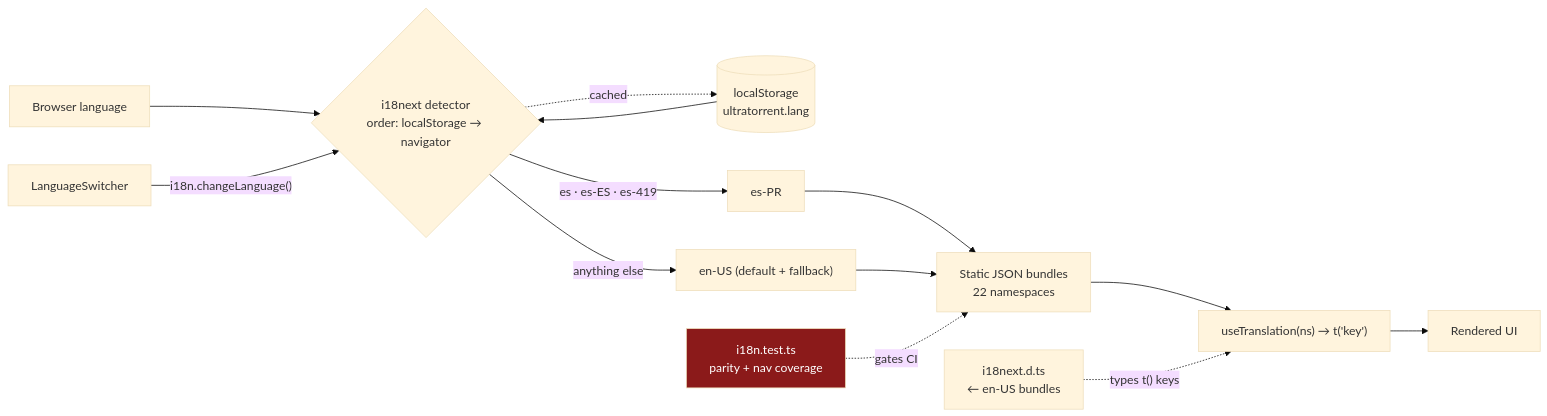
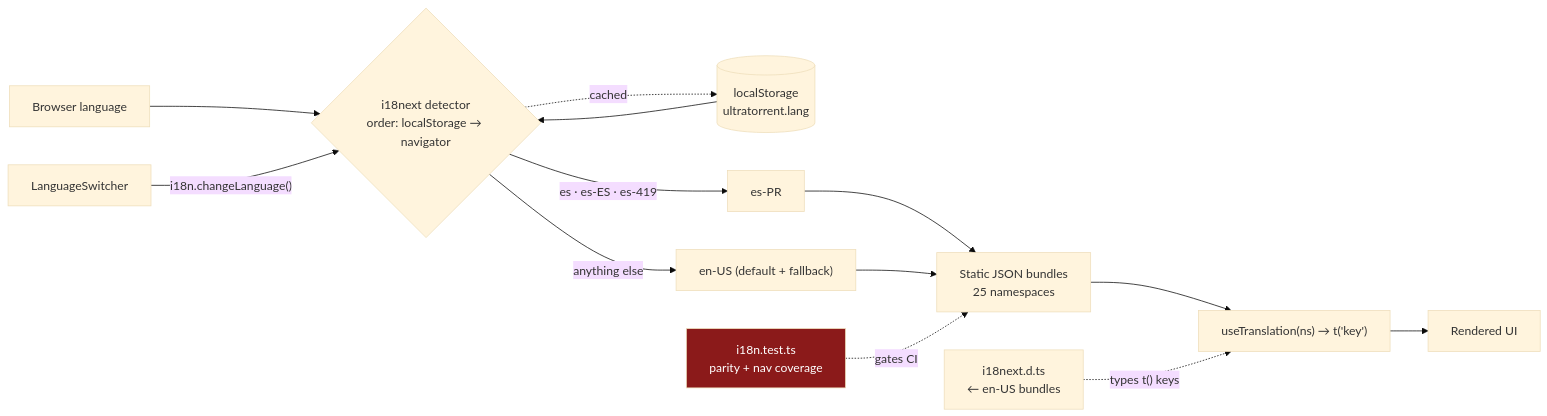
The diagram in website/docs/develop/i18n.md (damirabal/ultratorrent-core), drawn with Mermaid (base theme) before and after one commit. The commit also changed other lines of this file and 63 other files, not shown here.

````diff
--- a/website/docs/develop/i18n.md
+++ b/website/docs/develop/i18n.md
@@ -157,20 +157,20 @@
 ```mermaid
 flowchart LR
   BROWSER["Browser language"] --> DET{"i18next detector<br/>order: localStorage → navigator"}
   LS[("localStorage<br/>ultratorrent.lang")] --> DET
   DET -->|"es · es-ES · es-419"| ESPR["es-PR"]
   DET -->|"anything else"| ENUS["en-US (default + fallback)"]
 
-  ESPR --> BUNDLE["Static JSON bundles<br/>22 namespaces"]
+  ESPR --> BUNDLE["Static JSON bundles<br/>25 namespaces"]
   ENUS --> BUNDLE
   BUNDLE --> T["useTranslation(ns) → t('key')"]
   T --> UI["Rendered UI"]
 
   SW["LanguageSwitcher"] -->|"i18n.changeLanguage()"| DET
   DET -.->|"cached"| LS
 
   TYPE["i18next.d.ts<br/>← en-US bundles"] -.->|"types t() keys"| T
   TEST["i18n.test.ts<br/>parity + nav coverage"] -.->|"gates CI"| BUNDLE
 
   style TEST fill:#8b1a1a,color:#fff
 ```
````
